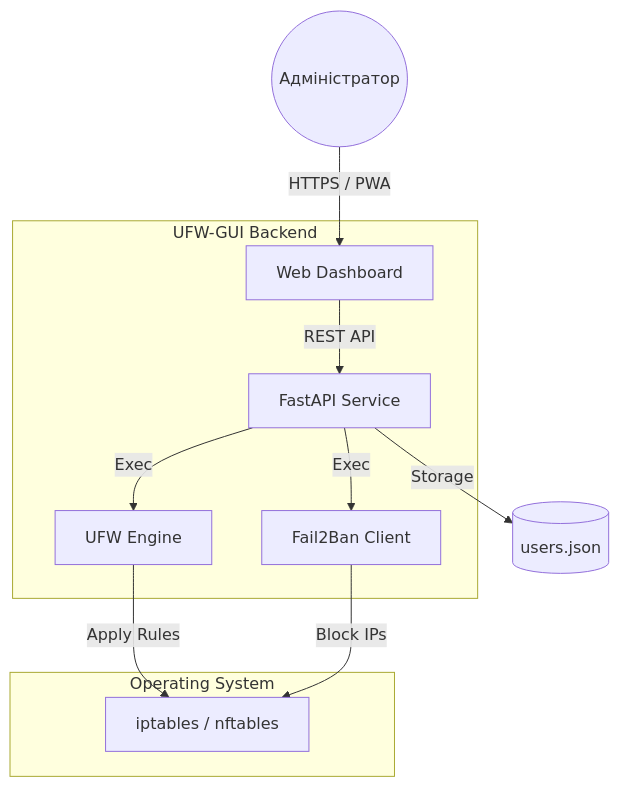
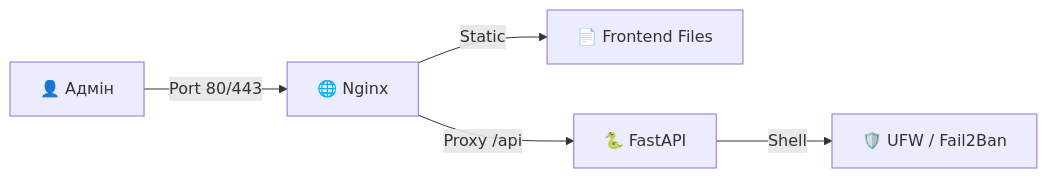
Before and after one commit to weby-homelab/ufw-gui: the diagram in README.md, drawn with Mermaid. The commit also changed other lines of this file and 3 other files, not shown here.

Commit message:
feat: UFW-GUI v1.2.0 - BARE METAL Edition with hardened security

````diff
--- a/README.md
+++ b/README.md
@@ -25,17 +88,7 @@
 ```mermaid
-graph TD
-    User((Адміністратор)) -->|HTTPS / PWA| UI[Web Dashboard]
-    
-    subgraph "UFW-GUI Backend"
-        UI -->|REST API| FastAPI[FastAPI Service]
-        FastAPI -->|Exec| UFW[UFW Engine]
-        FastAPI -->|Exec| F2B[Fail2Ban Client]
-    end
-
-    subgraph "Operating System"
-        UFW -->|Apply Rules| IPT[iptables / nftables]
-        F2B -->|Block IPs| IPT
-    end
-
-    FastAPI -->|Storage| JSON[(users.json)]
+graph LR
+    User[👤 Адмін] -->|Port 80/443| Nginx[🌐 Nginx]
+    Nginx -->|Static| Files[📄 Frontend Files]
+    Nginx -->|Proxy /api| Backend[🐍 FastAPI]
+    Backend -->|Shell| UFW[🛡️ UFW / Fail2Ban]
 ```
````
